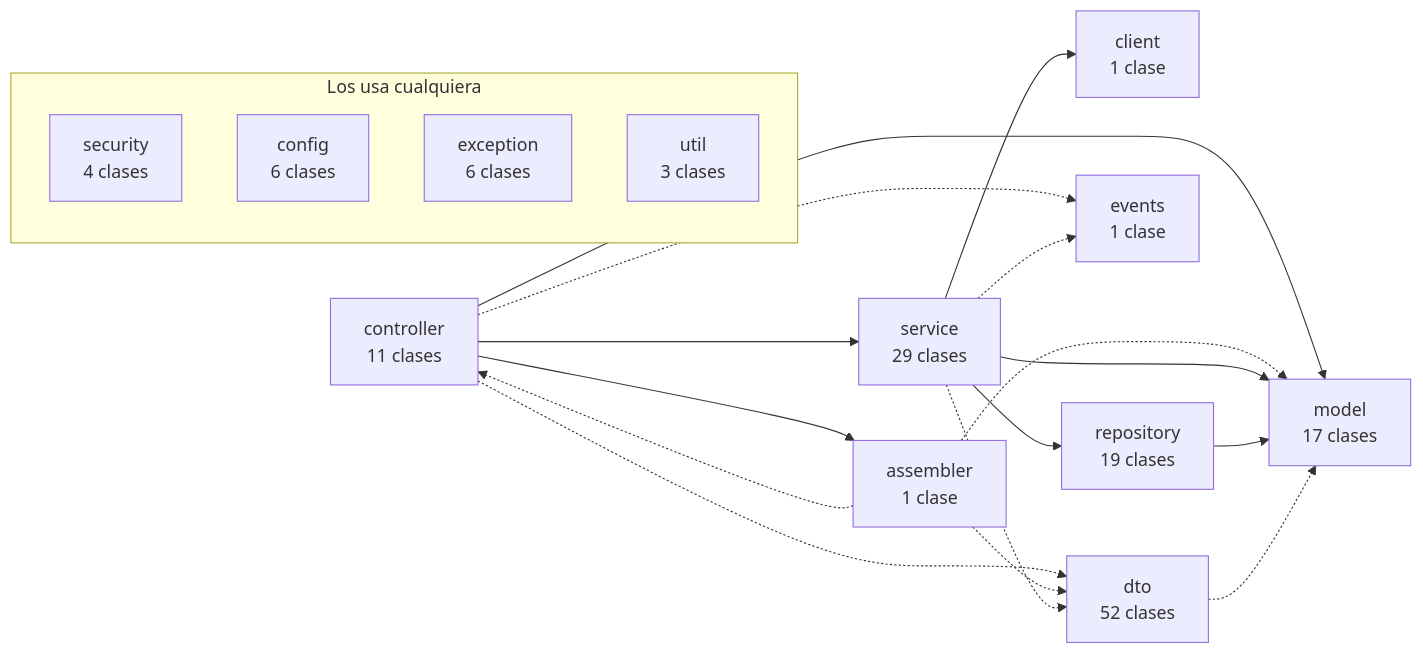
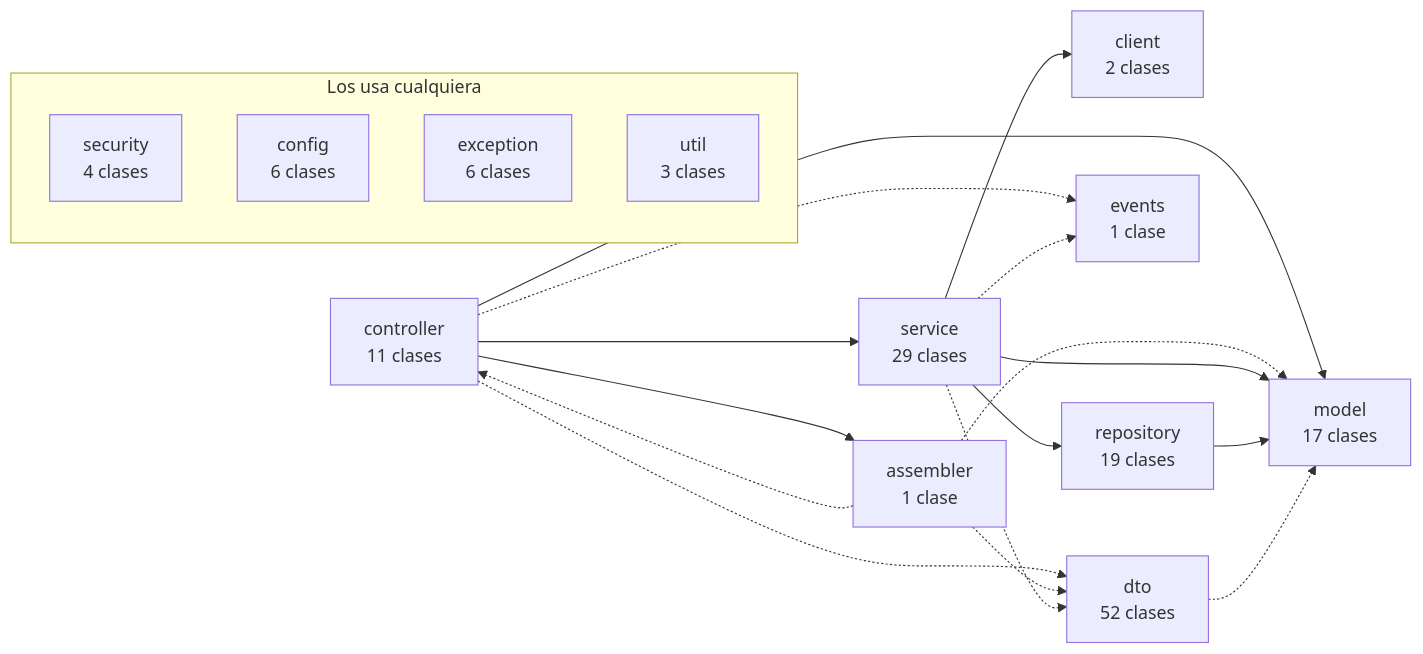
One commit to TechnicalBridge/DataBridge changed the third of 8 diagrams in docs/diagramas/componentes.md. Above: the diagram before and after it, drawn with Mermaid. The commit also changed other lines of this file and 35 other files, not shown here.

````diff
--- a/docs/diagramas/componentes.md
+++ b/docs/diagramas/componentes.md
@@ -165,33 +165,33 @@
 ```mermaid
 flowchart LR
     controller["controller<br/>11 clases"]
     assembler["assembler<br/>1 clase"]
     service["service<br/>29 clases"]
-    client["client<br/>1 clase"]
+    client["client<br/>2 clases"]
     repository["repository<br/>19 clases"]
     model["model<br/>17 clases"]
     events["events<br/>1 clase"]
     dto["dto<br/>52 clases"]
     subgraph TRANSVERSAL["Los usa cualquiera"]
         direction TB
         security["security<br/>4 clases"]
         config["config<br/>6 clases"]
         exception["exception<br/>6 clases"]
         util["util<br/>3 clases"]
     end
     controller --> assembler
     controller --> service
     controller --> model
     controller -.-> events
     controller -.-> dto
     assembler -.-> controller
     assembler -.-> model
     assembler -.-> dto
     service --> client
     service --> repository
     service --> model
     service -.-> events
     service -.-> dto
     repository --> model
     dto -.-> model
 ```
````
